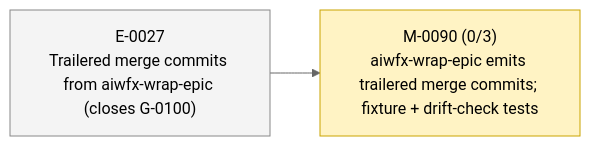
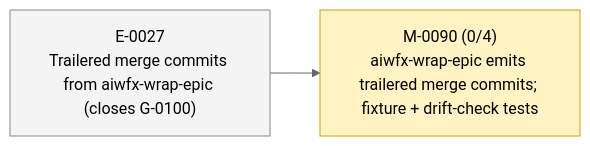
Before and after one commit to 23min/aiwf: the second of 2 diagrams in STATUS.md, drawn with Mermaid (neutral theme). The commit also changed other lines of this file and 1 other file, not shown here.

First line of the commit message:
aiwf add ac M-0090/AC-4 "Rituals-repo SHA recorded at wrap."

````diff
--- a/STATUS.md
+++ b/STATUS.md
@@ -51,12 +51,12 @@
 ```mermaid
 flowchart LR
   E_0027["E-0027<br/>Trailered merge commits from aiwfx-wrap-epic (closes G-0100)"]:::epic_proposed
-  M_0090["M-0090 (0/3)<br/>aiwfx-wrap-epic emits trailered merge commits; fixture + drift-check tests"]:::ms_in_progress
+  M_0090["M-0090 (0/4)<br/>aiwfx-wrap-epic emits trailered merge commits; fixture + drift-check tests"]:::ms_in_progress
   E_0027 --> M_0090
   classDef epic_active fill:#d6eaff,stroke:#1a73e8,color:#000
   classDef epic_proposed fill:#f4f4f4,stroke:#888,color:#000
   classDef ms_done fill:#d8f5d8,stroke:#2a8a2a,color:#000
   classDef ms_in_progress fill:#fff3c4,stroke:#caa400,color:#000
   classDef ms_draft fill:#f4f4f4,stroke:#888,color:#000
   classDef ms_cancelled fill:#fbeaea,stroke:#c33,color:#000
 ```
````
